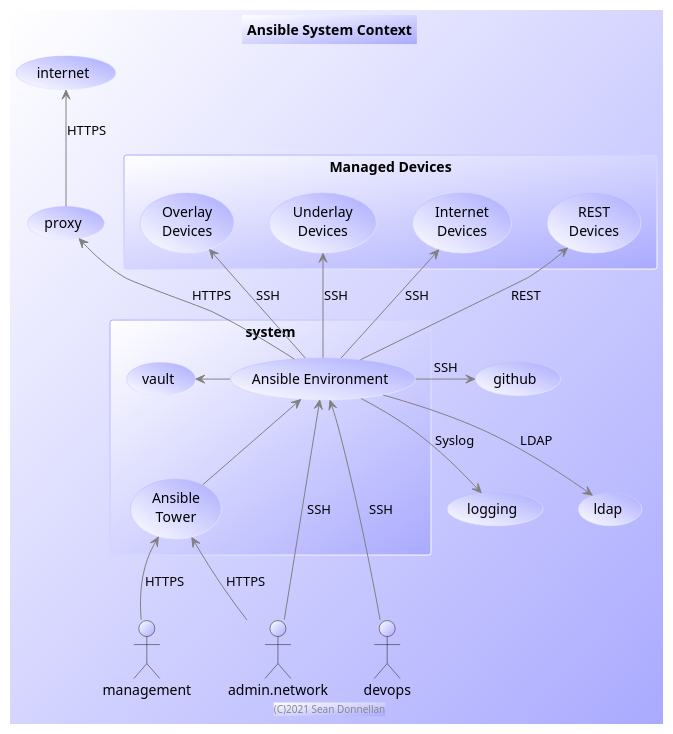
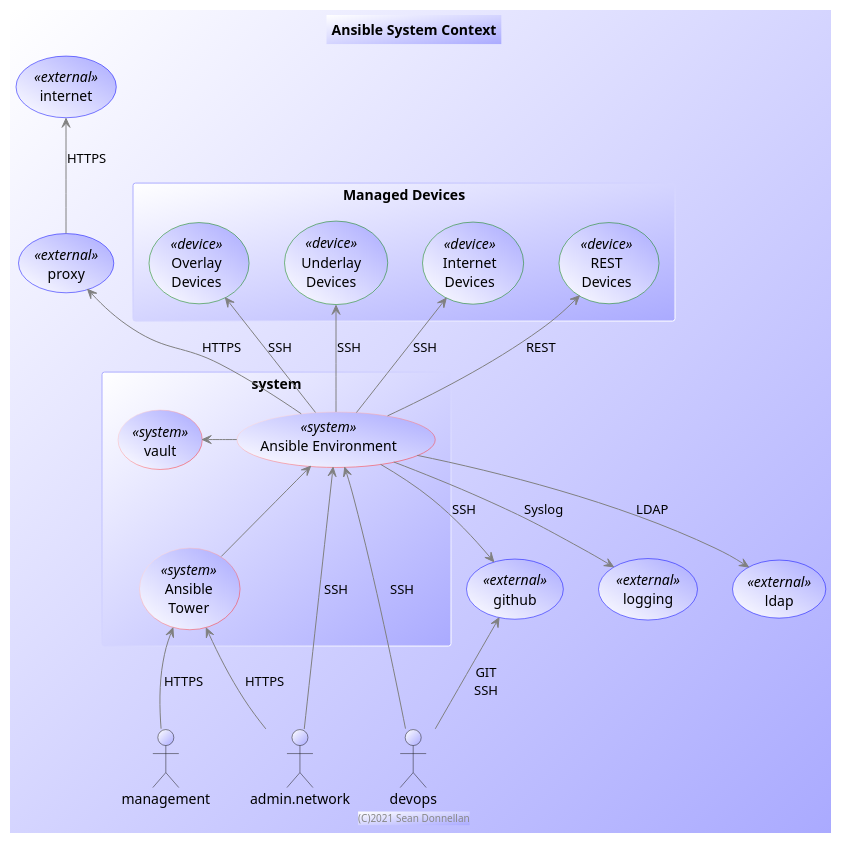
The diagram in Chapter-Ansible/Chapter-Ansible-Context.plantuml (donnels/ansible-junos), drawn with PlantUML before and after one commit. The commit also changed 4 other files, not shown here.

```diff
--- a/Chapter-Ansible/Chapter-Ansible-Context.plantuml
+++ b/Chapter-Ansible/Chapter-Ansible-Context.plantuml
@@ -1,50 +1,54 @@
 @startuml
 title Ansible System Context
 footer (C)2021 Sean Donnellan
 
 skinparam backgroundcolor #fff/aaf
 skinparam UsecaseBorderColor #aaf/fff
+skinparam UsecaseBorderColor<<system>> #fff/red
+skinparam UsecaseBorderColor<<device>> #green
+skinparam UsecaseBorderColor<<external>> #blue
 skinparam UsecaseBackgroundColor #fff\aaf
 skinparam RectangleBorderColor #aaf/fff
 skinparam RectangleBackgroundColor #fff/aaf
 skinparam ArrowColor #grey
 skinparam ActorBackgroundColor #fff/aaf
 
-usecase proxy
-usecase internet
+usecase proxy<<external>>
+usecase internet<<external>>
 actor management
 actor admin.network
 actor devops
-usecase logging
-usecase github
-usecase ldap
+usecase github<<external>>
+usecase logging<<external>>
+usecase ldap<<external>>
 
 rectangle system {
-    usecase "Ansible Environment" as Ansible
-    usecase "Ansible\nTower" as Ansible.Tower
-    usecase vault
+    usecase "Ansible Environment" as Ansible<<system>>
+    usecase "Ansible\nTower" as Ansible.Tower<<system>>
+    usecase vault<<system>>
     vault <- Ansible
     Ansible <-- Ansible.Tower
 }
 rectangle "Managed Devices" as managed {
-    usecase "Overlay\nDevices" as devices.overlay
-    usecase "Underlay\nDevices" as devices.underlay
-    usecase "Internet\nDevices" as devices.internet
-    usecase "REST\nDevices" as devices.REST
+    usecase "Overlay\nDevices" as devices.overlay<<device>>
+    usecase "Underlay\nDevices" as devices.underlay<<device>>
+    usecase "Internet\nDevices" as devices.internet<<device>>
+    usecase "REST\nDevices" as devices.REST<<device>>
 }
 
 internet <-- proxy : HTTPS
 proxy <-- Ansible : HTTPS
 devices.overlay <-- Ansible : SSH
 devices.underlay <-- Ansible : SSH
 devices.internet <-- Ansible : SSH
 devices.REST <-- Ansible : REST
-Ansible -> github : SSH
+Ansible --> github : SSH
 Ansible --> ldap : LDAP
-Ansible <--- devops : SSH
+Ansible <--devops : SSH
+github <-- devops : GIT\nSSH
 Ansible.Tower <-- management : HTTPS
 Ansible --> logging : Syslog
 Ansible <-- admin.network : SSH
 Ansible.Tower <-- admin.network : HTTPS
 
 @enduml
```
